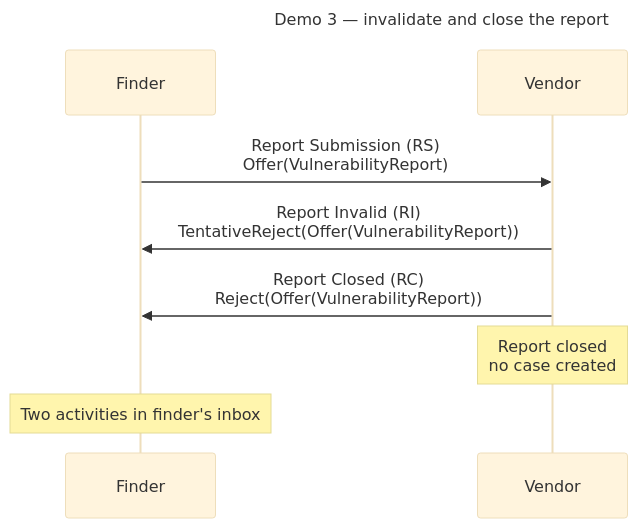
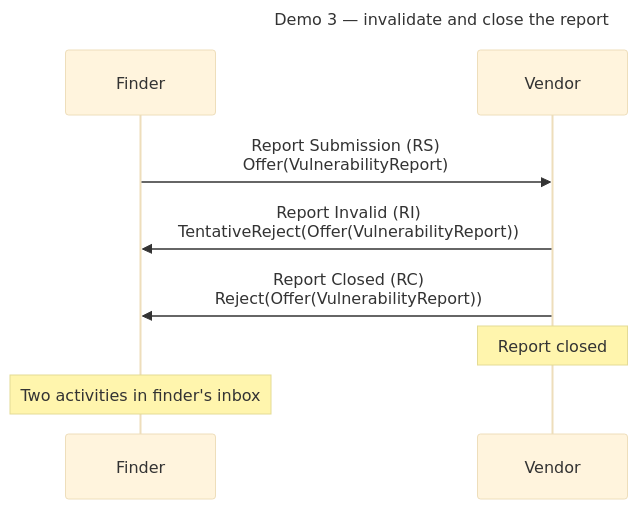
The third of 3 diagrams in docs/tutorials/receive_report_demo.md (CERTCC/Vultron), drawn with Mermaid (base theme) before and after one commit. The commit also changed other lines of this file, not shown here.

First line of the commit message:
docs(tutorial): receive-report demo submits through the finder's trigger

````diff
--- a/docs/tutorials/receive_report_demo.md
+++ b/docs/tutorials/receive_report_demo.md
@@ -168,14 +171,14 @@
 ```mermaid
 ---
 title: Demo 3 — invalidate and close the report
 ---
 sequenceDiagram
     participant F as Finder
     participant V as Vendor
 
     F->>V: Report Submission (RS)<br/>Offer(VulnerabilityReport)
     V->>F: Report Invalid (RI)<br/>TentativeReject(Offer(VulnerabilityReport))
     V->>F: Report Closed (RC)<br/>Reject(Offer(VulnerabilityReport))
-    Note over V: Report closed<br/>no case created
+    Note over V: Report closed
     Note over F: Two activities in finder's inbox
 ```
````
